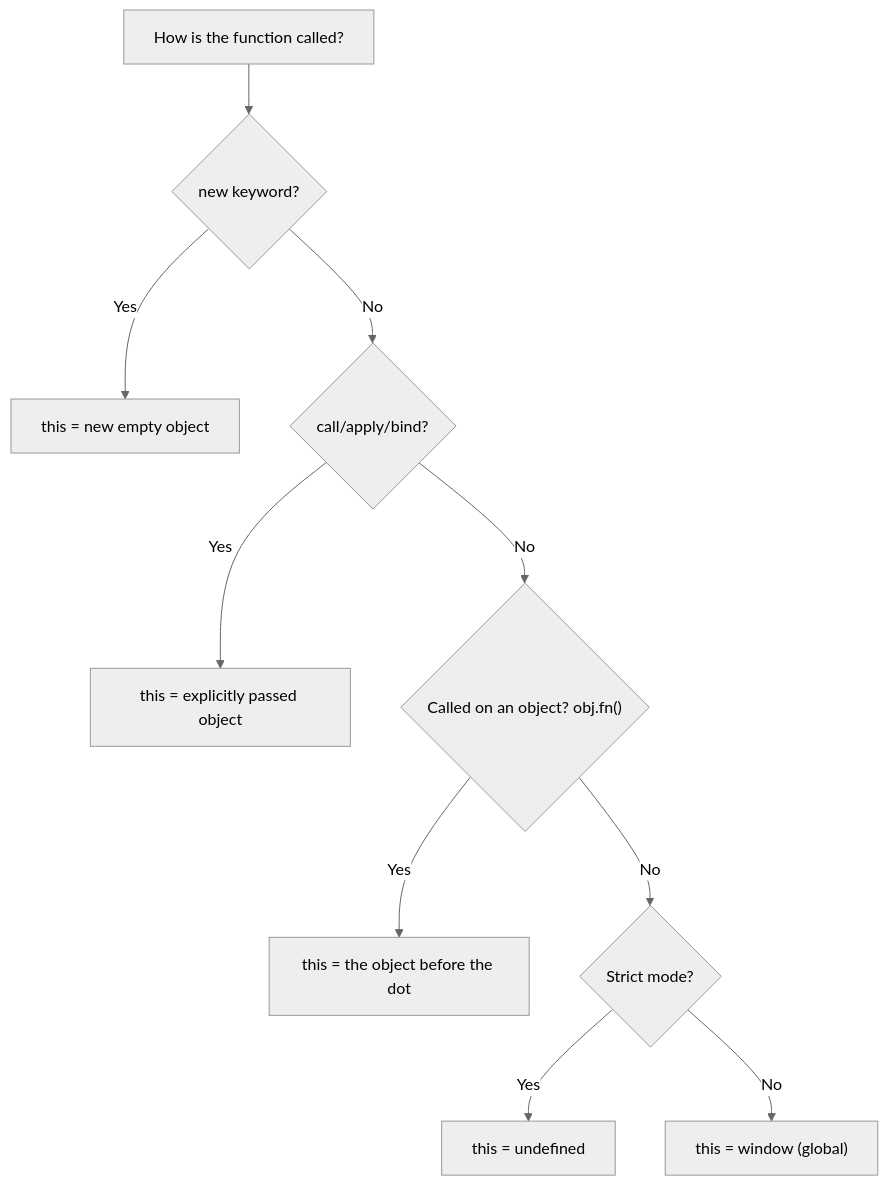
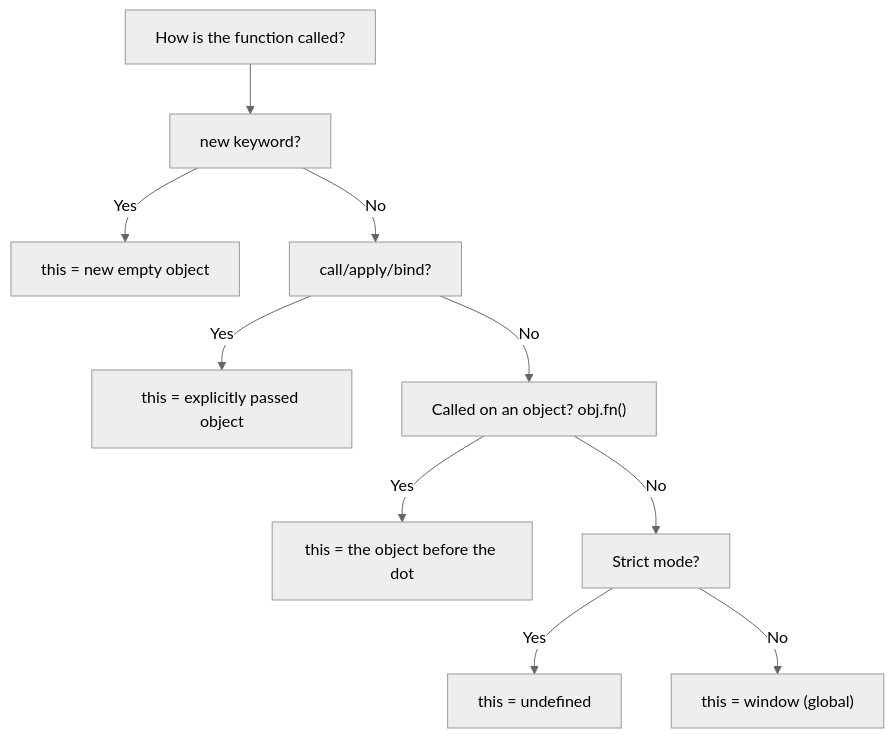
The first of 4 diagrams in src/notes/javascript/4-oop/01-this-keyword/01-this-rules.md (rajmpawar-hash/ByteNotes), drawn with Mermaid (neutral theme) before and after one commit. The commit also changed other lines of this file and 35 other files, not shown here.

Commit message:
chore: deduplicate notes, fix Mermaid syntax, and update GEMINI.md rules

````diff
--- a/src/notes/javascript/4-oop/01-this-keyword/01-this-rules.md
+++ b/src/notes/javascript/4-oop/01-this-keyword/01-this-rules.md
@@ -5,12 +5,12 @@
 ```mermaid
 flowchart TD
-    A["How is the function called?"] --> B{"new keyword?"}
+    A["How is the function called?"] --> B["new keyword?"]
     B -->|Yes| C["this = new empty object"]
-    B -->|No| D{"call/apply/bind?"}
+    B -->|No| D["call/apply/bind?"]
     D -->|Yes| E["this = explicitly passed object"]
-    D -->|No| F{"Called on an object? obj.fn()"}
+    D -->|No| F["Called on an object? obj.fn()"]
     F -->|Yes| G["this = the object before the dot"]
-    F -->|No| H{"Strict mode?"}
+    F -->|No| H["Strict mode?"]
     H -->|Yes| I["this = undefined"]
     H -->|No| J["this = window (global)"]
 ```
````
